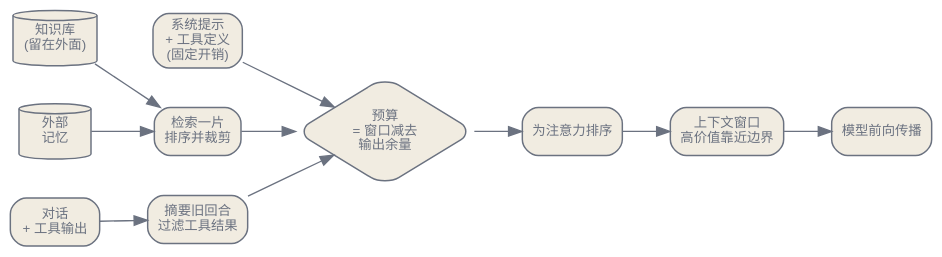
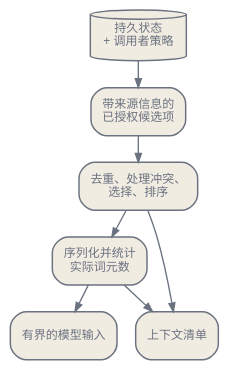
The diagram in zh/orchestration/10-context-engineering.qmd (latere-ai/ai-as-an-infrastructure), drawn with Graphviz before and after one commit. The commit also changed other lines of this file and 2 other files, not shown here.

````diff
--- a/zh/orchestration/10-context-engineering.qmd
+++ b/zh/orchestration/10-context-engineering.qmd
@@ -183,35 +136,23 @@
 ```{dot}
 //| label: fig-ce-pipeline
-//| fig-cap: "上下文作为一条装配流水线。来源被核算预算、按片检索、压缩，再排序，使高价值部分落在靠近边界处。"
+//| fig-cap: "上下文组装器同时生成有界的模型输入和可重放的清单。授权先于选择；持久状态留在模型调用之外。"
 digraph {
   bgcolor="transparent";
-  rankdir=LR;
-  nodesep=0.4; ranksep=0.5;
-  node [shape=box, style="rounded,filled", fontname="Helvetica", fontsize=10, color="#6b7280", fontcolor="#6b7280", fillcolor="#f1ece1", penwidth=1.1];
-  edge [fontsize=10, fontname="Helvetica", color="#6b7280", fontcolor="#6b7280"];
+  rankdir=TB;
+  nodesep=0.20;
+  ranksep=0.28;
+  node [shape=box, style="rounded,filled", fontname="Helvetica", fontsize=9, color="#6b7280", fontcolor="#6b7280", fillcolor="#f1ece1", penwidth=1.1];
+  edge [color="#6b7280", arrowsize=0.65];
 
-  sys [label="系统提示\n+ 工具定义\n(固定开销)"];
-  corpus [label="知识库\n(留在外面)", shape=cylinder];
-  hist [label="对话\n+ 工具输出"];
-  mem [label="外部\n记忆", shape=cylinder];
+  state [label="持久状态\n+ 调用者策略", shape=cylinder];
+  candidates [label="带来源信息的\n已授权候选项"];
+  select [label="去重、处理冲突、\n选择、排序"];
+  render [label="序列化并统计\n实际词元数"];
+  input [label="有界的模型输入"];
+  manifest [label="上下文清单"];
 
-  ret [label="检索一片\n排序并裁剪"];
-  comp [label="摘要旧回合\n过滤工具结果"];
-  budget [label="预算\n= 窗口减去\n输出余量", shape=diamond];
-  order [label="为注意力排序"];
-  win [label="上下文窗口\n高价值靠近边界"];
-  model [label="模型前向传播"];
-
-  corpus -> ret;
-  hist -> comp;
-  mem -> ret;
-
-  sys -> budget;
-  ret -> budget;
-  comp -> budget;
-
-  budget -> order;
-  order -> win;
-  win -> model;
+  state -> candidates -> select -> render -> input;
+  select -> manifest;
+  render -> manifest;
 }
 ```
````
